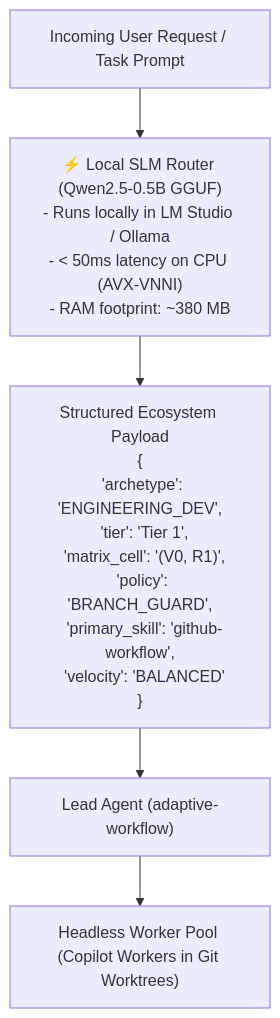
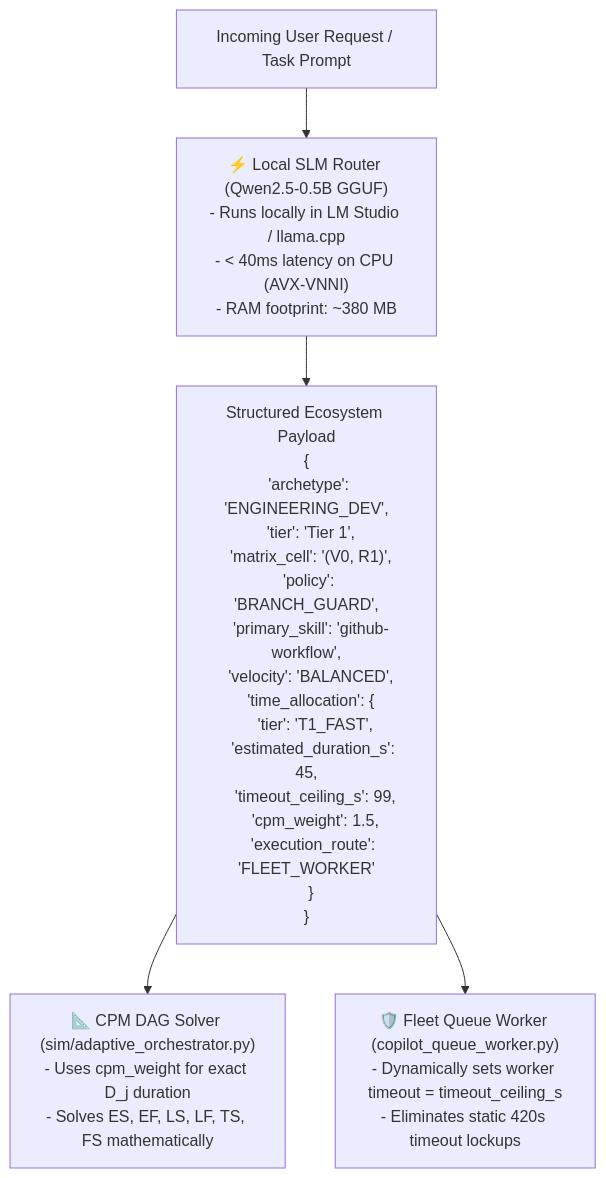
One commit to Aaradhya-Dev-Tamrakar/brainstorm changed the diagram in tools/skills/slm-router-forge/SKILL.md. Above: the diagram before and after it, drawn with Mermaid. The commit also changed other lines of this file and 5 other files, not shown here.

Commit message:
docs(skill): update slm-router-forge skill across brainstorm

````diff
--- a/tools/skills/slm-router-forge/SKILL.md
+++ b/tools/skills/slm-router-forge/SKILL.md
@@ -17,9 +17,9 @@
 ```mermaid
 flowchart TD
-    UserPrompt["Incoming User Request / Task Prompt"] --> FastRouter["⚡ Local SLM Router (Qwen2.5-0.5B GGUF)\n- Runs locally in LM Studio / Ollama\n- < 50ms latency on CPU (AVX-VNNI)\n- RAM footprint: ~380 MB"]
+    UserPrompt["Incoming User Request / Task Prompt"] --> FastRouter["⚡ Local SLM Router (Qwen2.5-0.5B GGUF)\n- Runs locally in LM Studio / llama.cpp\n- < 40ms latency on CPU (AVX-VNNI)\n- RAM footprint: ~380 MB"]
     
-    FastRouter --> RoutingJSON["Structured Ecosystem Payload\n{\n  'archetype': 'ENGINEERING_DEV',\n  'tier': 'Tier 1',\n  'matrix_cell': '(V0, R1)',\n  'policy': 'BRANCH_GUARD',\n  'primary_skill': 'github-workflow',\n  'velocity': 'BALANCED'\n}"]
+    FastRouter --> RoutingJSON["Structured Ecosystem Payload\n{\n  'archetype': 'ENGINEERING_DEV',\n  'tier': 'Tier 1',\n  'matrix_cell': '(V0, R1)',\n  'policy': 'BRANCH_GUARD',\n  'primary_skill': 'github-workflow',\n  'velocity': 'BALANCED',\n  'time_allocation': {\n    'tier': 'T1_FAST',\n    'estimated_duration_s': 45,\n    'timeout_ceiling_s': 99,\n    'cpm_weight': 1.5,\n    'execution_route': 'FLEET_WORKER'\n  }\n}"]
     
-    RoutingJSON --> Orchestrator["Lead Agent (adaptive-workflow)"]
-    Orchestrator --> FleetWorkers["Headless Worker Pool (Copilot Workers in Git Worktrees)"]
+    RoutingJSON --> CPMSolver["📐 CPM DAG Solver (sim/adaptive_orchestrator.py)\n- Uses cpm_weight for exact D_j duration\n- Solves ES, EF, LS, LF, TS, FS mathematically"]
+    RoutingJSON --> QueueWorker["🛡️ Fleet Queue Worker (copilot_queue_worker.py)\n- Dynamically sets worker timeout = timeout_ceiling_s\n- Eliminates static 420s timeout lockups"]
 ```
````
